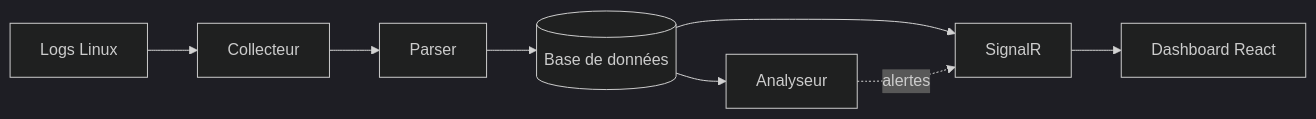
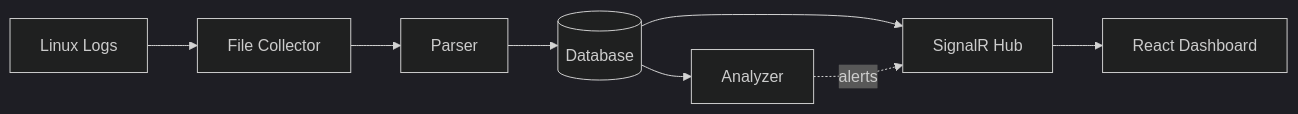
The diagram in README.md (Kenainy-aizen/NetworkLogAnalyzer), drawn with Mermaid (dark theme) before and after one commit. The commit also changed other lines of this file, not shown here.

````diff
--- a/README.md
+++ b/README.md
@@ -11,10 +11,10 @@
 ```mermaid
 graph LR
-    A[Logs Linux] --> B[Collecteur]
+    A[Linux Logs] --> B[File Collector]
     B --> C[Parser]
-    C --> D[(Base de données)]
-    D --> E[Analyseur]
-    D --> F[SignalR]
-    E -. alertes .-> F
-    F --> G[Dashboard React]
+    C --> D[(Database)]
+    D --> E[Analyzer]
+    D --> F[SignalR Hub]
+    E -. alerts .-> F
+    F --> G[React Dashboard]
 ```
````
